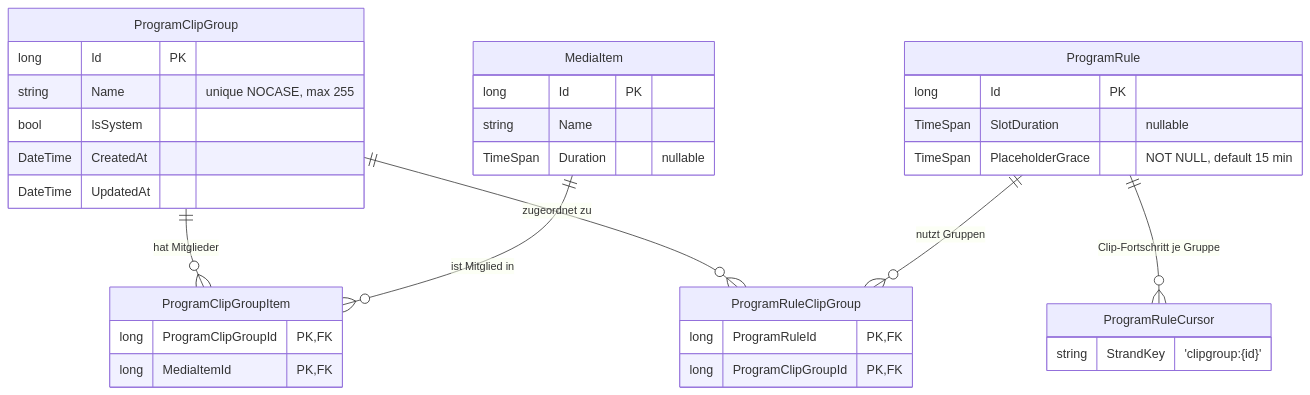
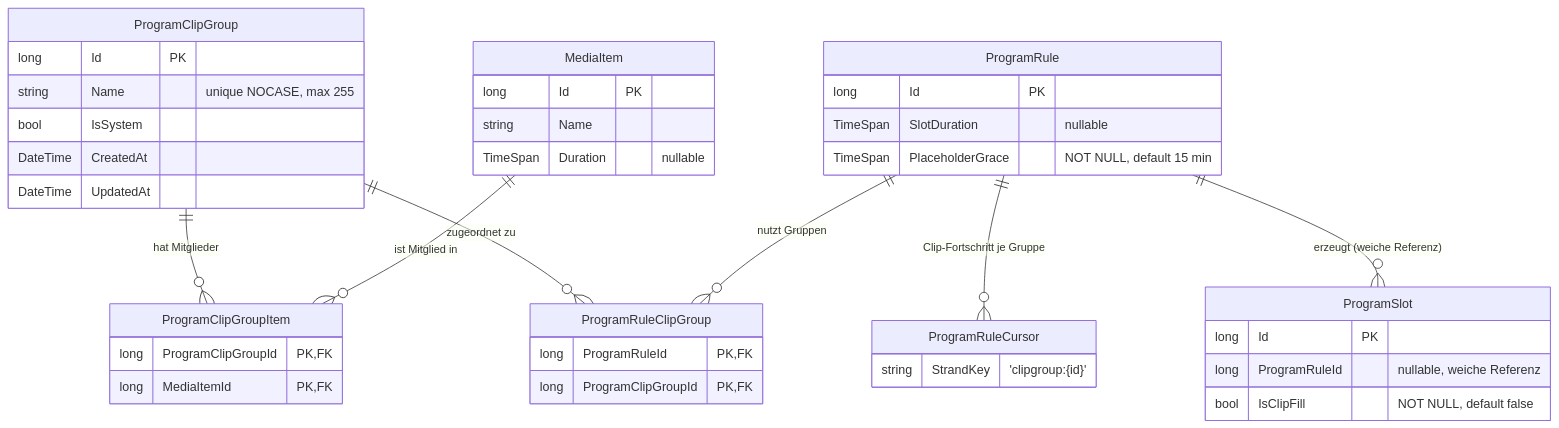
The diagram in docs/help/tv-sender-datenmodell.md (martin-stromberg/VideoPlayer), drawn with Mermaid before and after one commit. The commit also changed other lines of this file and 34 other files, not shown here.

````diff
--- a/docs/help/tv-sender-datenmodell.md
+++ b/docs/help/tv-sender-datenmodell.md
@@ -70,36 +80,42 @@
 ```mermaid
 erDiagram
     ProgramClipGroup {
         long Id PK
         string Name "unique NOCASE, max 255"
         bool IsSystem
         DateTime CreatedAt
         DateTime UpdatedAt
     }
     MediaItem {
         long Id PK
         string Name
         TimeSpan Duration "nullable"
     }
     ProgramClipGroupItem {
         long ProgramClipGroupId PK,FK
         long MediaItemId PK,FK
     }
     ProgramRule {
         long Id PK
         TimeSpan SlotDuration "nullable"
         TimeSpan PlaceholderGrace "NOT NULL, default 15 min"
     }
     ProgramRuleClipGroup {
         long ProgramRuleId PK,FK
         long ProgramClipGroupId PK,FK
     }
     ProgramRuleCursor {
         string StrandKey "'clipgroup:{id}'"
     }
+    ProgramSlot {
+        long Id PK
+        long ProgramRuleId "nullable, weiche Referenz"
+        bool IsClipFill "NOT NULL, default false"
+    }
     ProgramClipGroup ||--o{ ProgramClipGroupItem : "hat Mitglieder"
     MediaItem ||--o{ ProgramClipGroupItem : "ist Mitglied in"
     ProgramClipGroup ||--o{ ProgramRuleClipGroup : "zugeordnet zu"
     ProgramRule ||--o{ ProgramRuleClipGroup : "nutzt Gruppen"
     ProgramRule ||--o{ ProgramRuleCursor : "Clip-Fortschritt je Gruppe"
+    ProgramRule ||--o{ ProgramSlot : "erzeugt (weiche Referenz)"
 ```
````
